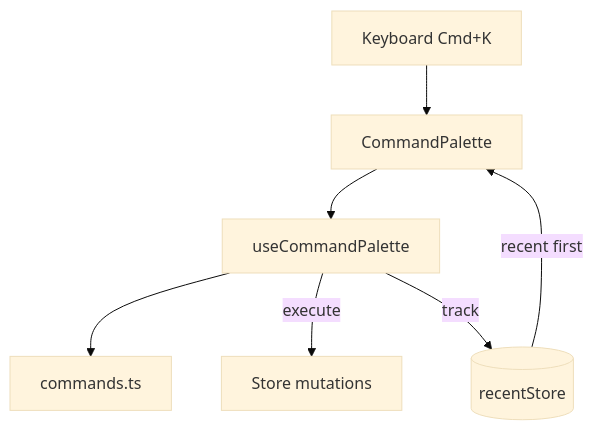
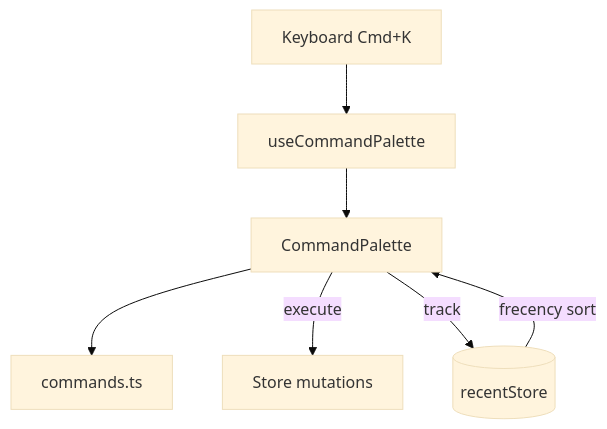
The diagram in src/features/command-palette/README.md (andymai/gridfinity-layout-tool), drawn with Mermaid (base theme) before and after one commit. The commit also changed other lines of this file and 14 other files, not shown here.

````diff
--- a/src/features/command-palette/README.md
+++ b/src/features/command-palette/README.md
@@ -5,8 +5,8 @@
 ```mermaid
 graph TB
-    KB[Keyboard Cmd+K] --> CP[CommandPalette]
-    CP --> UCP[useCommandPalette] --> CMD[commands.ts]
-    UCP -->|execute| Actions[Store mutations]
-    UCP -->|track| RS[(recentStore)]
-    RS -->|recent first| CP
+    KB[Keyboard Cmd+K] --> UCP[useCommandPalette] --> CP[CommandPalette]
+    CP --> CMD[commands.ts]
+    CP -->|execute| Actions[Store mutations]
+    CP -->|track| FS[(recentStore)]
+    FS -->|frecency sort| CP
 ```
````
